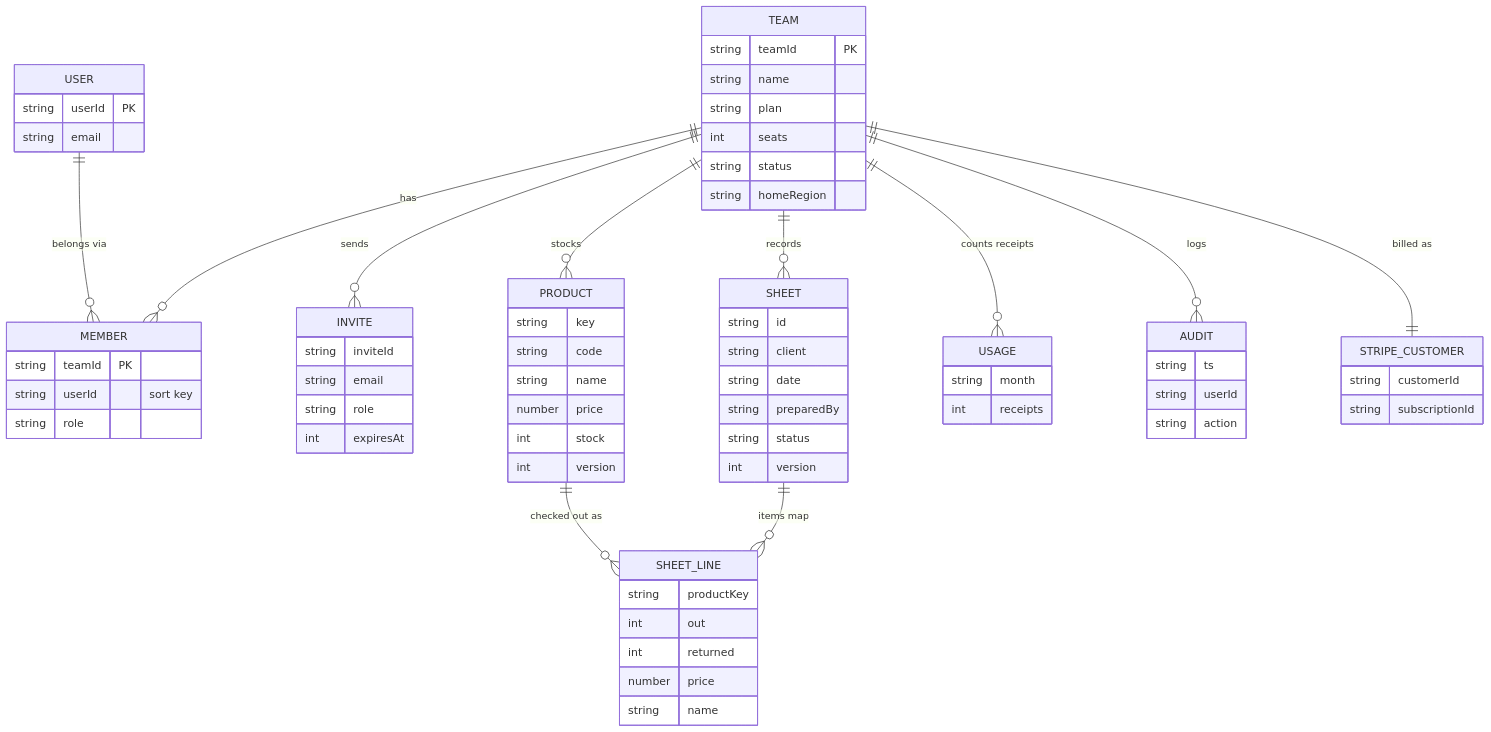
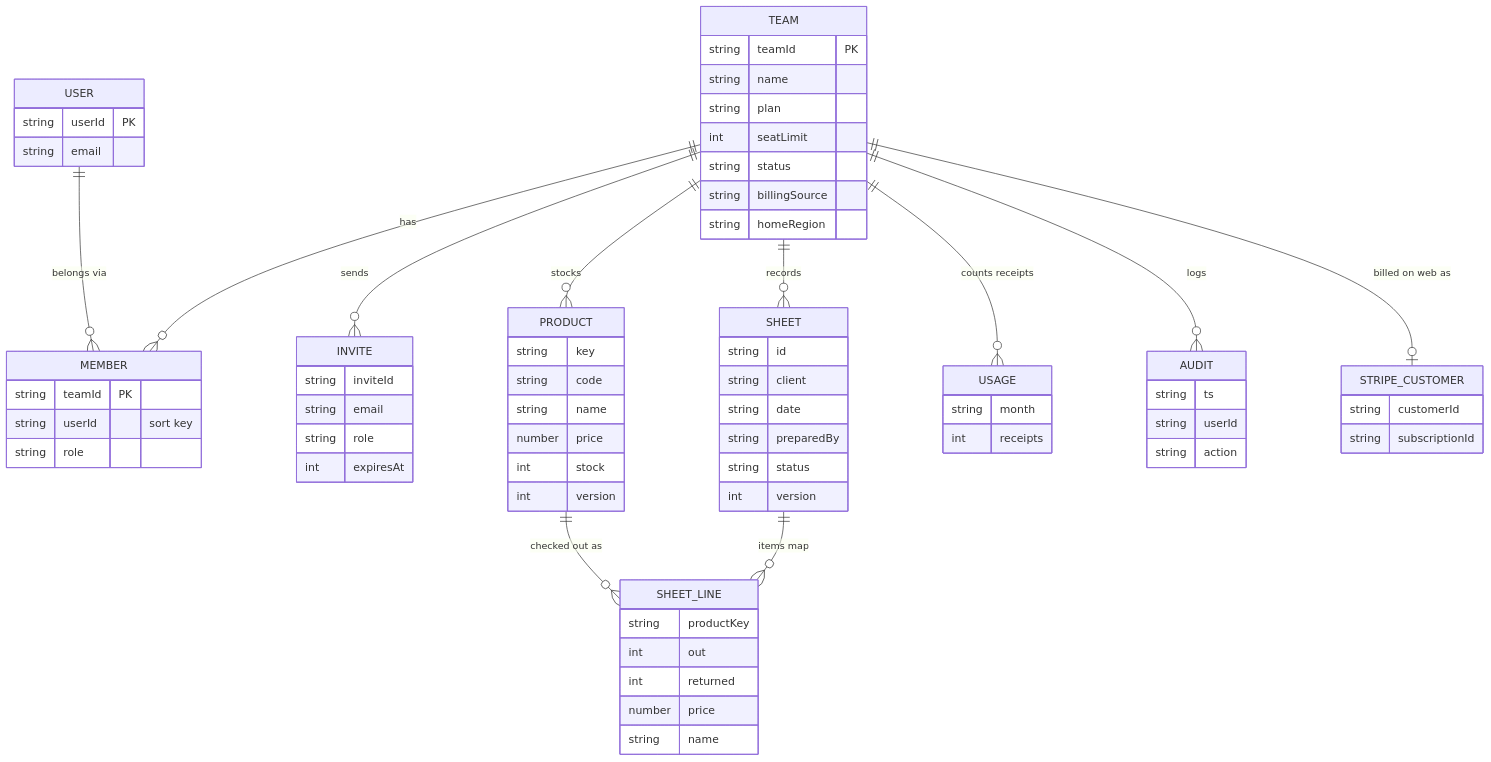
The seventh of 8 diagrams in docs/architecture/README.md (davetashner/supply-checkout), drawn with Mermaid before and after one commit. The commit also changed other lines of this file and 6 other files, not shown here.

````diff
--- a/docs/architecture/README.md
+++ b/docs/architecture/README.md
@@ -196,73 +237,74 @@
 ```mermaid
 erDiagram
   TEAM ||--o{ MEMBER : has
   USER ||--o{ MEMBER : "belongs via"
   TEAM ||--o{ INVITE : sends
   TEAM ||--o{ PRODUCT : stocks
   TEAM ||--o{ SHEET : records
   SHEET ||--o{ SHEET_LINE : "items map"
   PRODUCT ||--o{ SHEET_LINE : "checked out as"
   TEAM ||--o{ USAGE : "counts receipts"
   TEAM ||--o{ AUDIT : logs
-  TEAM ||--|| STRIPE_CUSTOMER : "billed as"
+  TEAM ||--o| STRIPE_CUSTOMER : "billed on web as"
 
   TEAM {
     string teamId PK
     string name
     string plan
-    int seats
+    int seatLimit
     string status
+    string billingSource
     string homeRegion
   }
   MEMBER {
     string teamId PK
     string userId "sort key"
     string role
   }
   USER {
     string userId PK
     string email
   }
   INVITE {
     string inviteId
     string email
     string role
     int expiresAt
   }
   PRODUCT {
     string key
     string code
     string name
     number price
     int stock
     int version
   }
   SHEET {
     string id
     string client
     string date
     string preparedBy
     string status
     int version
   }
   SHEET_LINE {
     string productKey
     int out
     int returned
     number price
     string name
   }
   USAGE {
     string month
     int receipts
   }
   AUDIT {
     string ts
     string userId
     string action
   }
   STRIPE_CUSTOMER {
     string customerId
     string subscriptionId
   }
 ```
````
